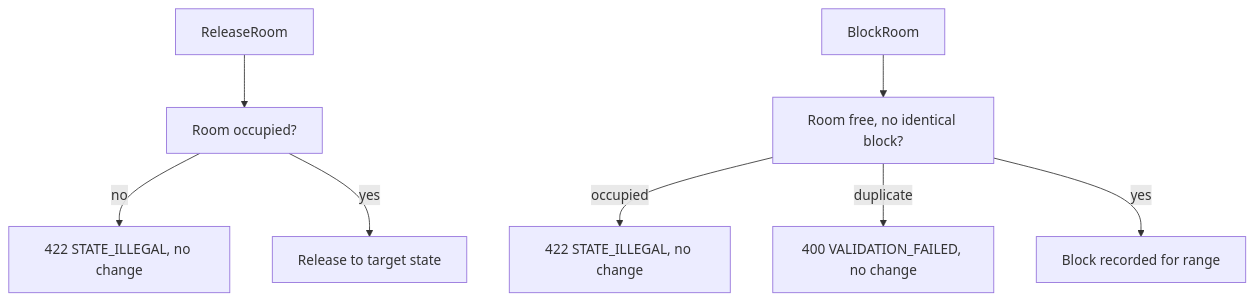
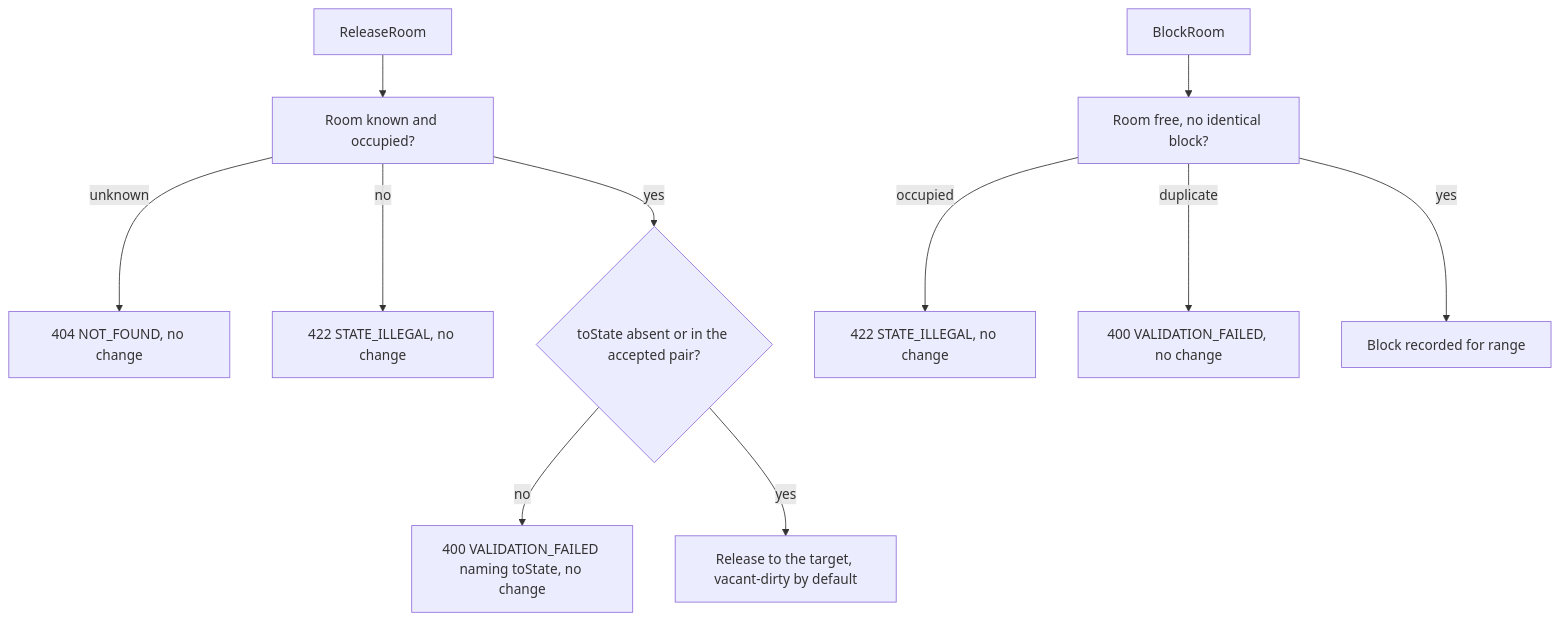
The third of 6 diagrams in docs/architecture/services/rooms.md (MingChen1501/hotel-mgmt), drawn with Mermaid before and after one commit. The commit also changed other lines of this file and 10 other files, not shown here.

First line of the commit message:
docs(specs): Land the ReleaseRoom release-target spec set (Refs #773) (#803)

````diff
--- a/docs/architecture/services/rooms.md
+++ b/docs/architecture/services/rooms.md
@@ -80,10 +80,13 @@
 ```mermaid
 flowchart TD
-    P[ReleaseRoom] --> Q[Room occupied?]
+    P[ReleaseRoom] --> Q[Room known and occupied?]
+    Q -->|unknown| R404[404 NOT_FOUND, no change]
     Q -->|no| R422a[422 STATE_ILLEGAL, no change]
-    Q -->|yes| S[Release to target state]
+    Q -->|yes| S{toState absent or in the accepted pair?}
+    S -->|no| R400a[400 VALIDATION_FAILED naming toState, no change]
+    S -->|yes| V[Release to the target, vacant-dirty by default]
     T[BlockRoom] --> U[Room free, no identical block?]
     U -->|occupied| R422b[422 STATE_ILLEGAL, no change]
     U -->|duplicate| R400[400 VALIDATION_FAILED, no change]
-    U -->|yes| V[Block recorded for range]
+    U -->|yes| W[Block recorded for range]
 ```
````
